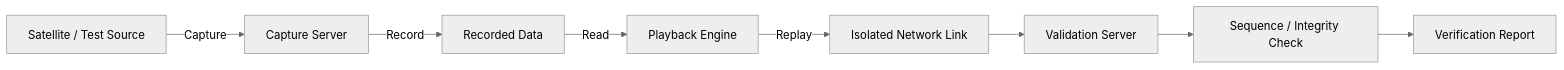
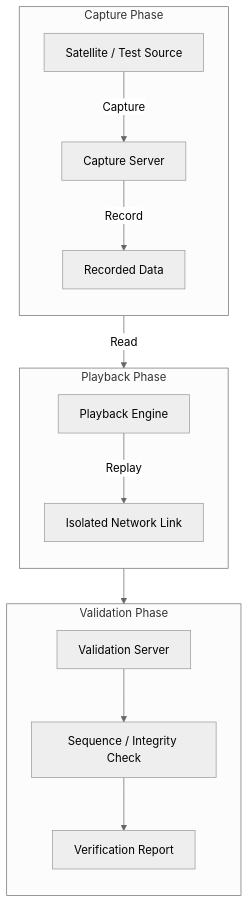
One commit to ronok-shahariar/ronok-shahariar.github.io changed the fifth of 17 diagrams in _portfolio/2024-07-15-part5-verification.md. Above: the diagram before and after it, drawn with Mermaid (neutral theme). The commit also changed other lines of this file and 11 other files, not shown here.

Commit message:
minor figure error

````diff
--- a/_portfolio/2024-07-15-part5-verification.md
+++ b/_portfolio/2024-07-15-part5-verification.md
@@ -230,33 +227,34 @@
 ```mermaid
-flowchart LR
+flowchart TD
 
-    SOURCE["Satellite / Test Source"]
+    subgraph CAPTURE["Capture Phase"]
+        direction TB
+        SOURCE["Satellite / Test Source"]
+        RX["Capture Server"]
+        DISK["Recorded Data"]
 
-    RX["Capture Server"]
+        SOURCE -->|"Capture"| RX
+        RX -->|"Record"| DISK
+    end
 
-    DISK["Recorded Data"]
+    subgraph PLAYBACK["Playback Phase"]
+        direction TB
+        TX["Playback Engine"]
+        LINK["Isolated Network Link"]
 
-    TX["Playback Engine"]
+        TX -->|"Replay"| LINK
+    end
 
-    LINK["Isolated Network Link"]
+    subgraph VALIDATION["Validation Phase"]
+        direction TB
+        VALIDATOR["Validation Server"]
+        CHECK["Sequence / Integrity Check"]
+        REPORT["Verification Report"]
 
-    VALIDATOR["Validation Server"]
+        VALIDATOR --> CHECK
+        CHECK --> REPORT
+    end
 
-    CHECK["Sequence / Integrity Check"]
-
-    REPORT["Verification Report"]
-
-    SOURCE -->|Capture| RX
-
-    RX -->|Record| DISK
-
-    DISK -->|Read| TX
-
-    TX -->|Replay| LINK
-
+    DISK -->|"Read"| TX
     LINK --> VALIDATOR
-
-    VALIDATOR --> CHECK
-
-    CHECK --> REPORT
 ```
````
